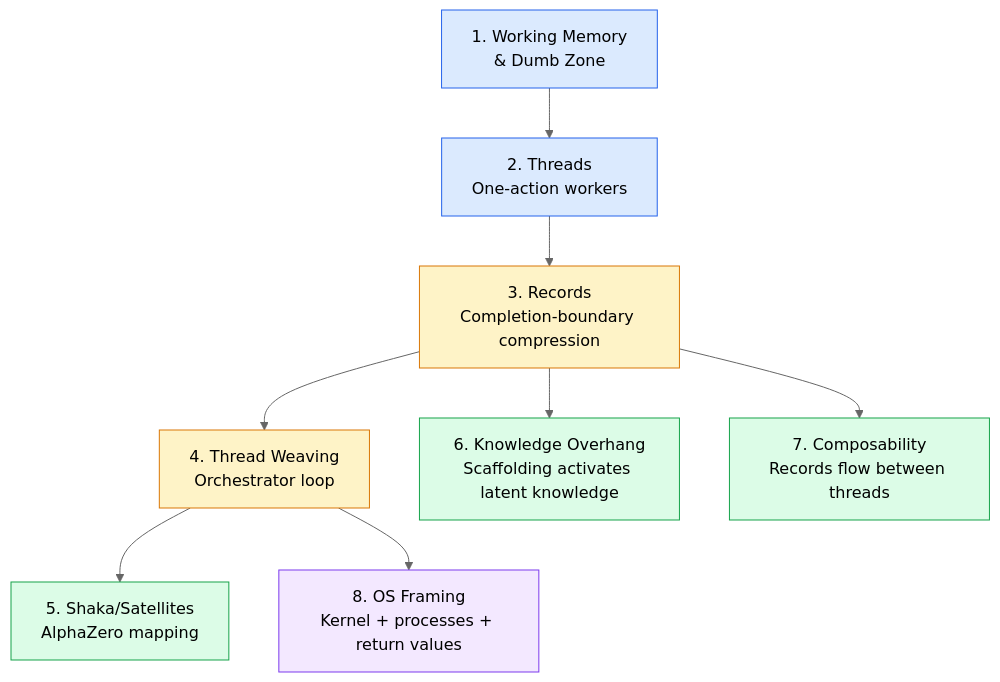
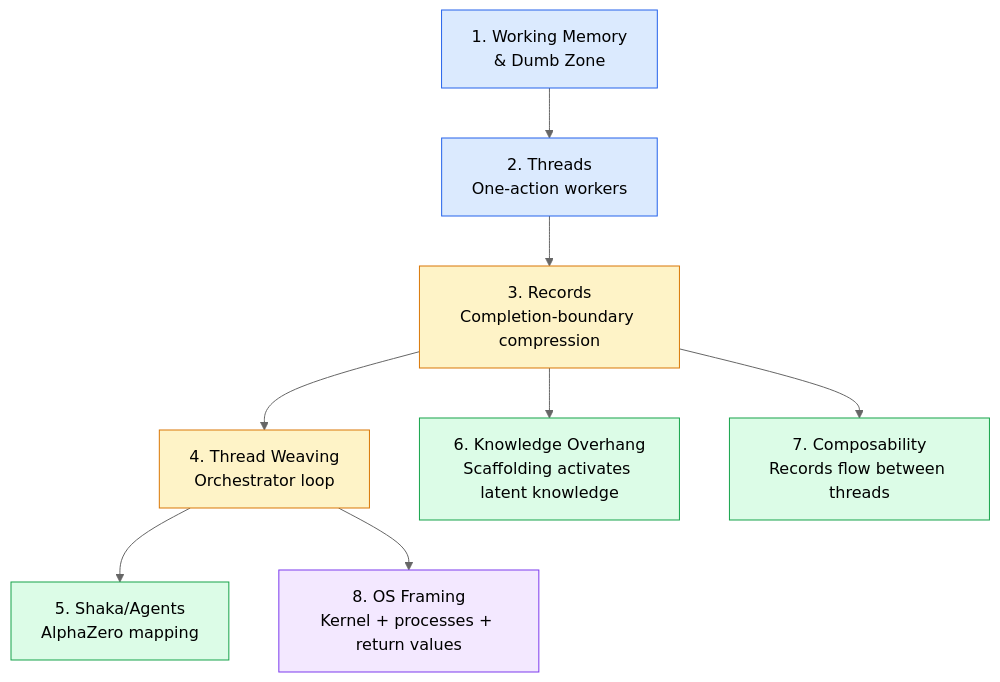
One commit to supernovae-st/nika changed the second of 8 diagrams in docs/vision/07-slate-deep-integration.md. Above: the diagram before and after it, drawn with Mermaid (neutral theme). The commit also changed other lines of this file and 8 other files, not shown here.

````diff
--- a/docs/vision/07-slate-deep-integration.md
+++ b/docs/vision/07-slate-deep-integration.md
@@ -55,19 +55,19 @@
 ```mermaid
 flowchart TD
     WM["1. Working Memory\n& Dumb Zone"] --> TH["2. Threads\nOne-action workers"]
     TH --> EP["3. Records\nCompletion-boundary compression"]
     EP --> TW["4. Thread Weaving\nOrchestrator loop"]
-    TW --> ST["5. Shaka/Satellites\nAlphaZero mapping"]
+    TW --> ST["5. Shaka/Agents\nAlphaZero mapping"]
     EP --> KO["6. Knowledge Overhang\nScaffolding activates latent knowledge"]
     EP --> CO["7. Composability\nRecords flow between threads"]
     TW --> OS["8. OS Framing\nKernel + processes + return values"]
 
     style WM fill:#dbeafe,stroke:#2563eb
     style TH fill:#dbeafe,stroke:#2563eb
     style EP fill:#fef3c7,stroke:#d97706
     style TW fill:#fef3c7,stroke:#d97706
     style ST fill:#dcfce7,stroke:#16a34a
     style KO fill:#dcfce7,stroke:#16a34a
     style CO fill:#dcfce7,stroke:#16a34a
     style OS fill:#f3e8ff,stroke:#7c3aed
 ```
````
